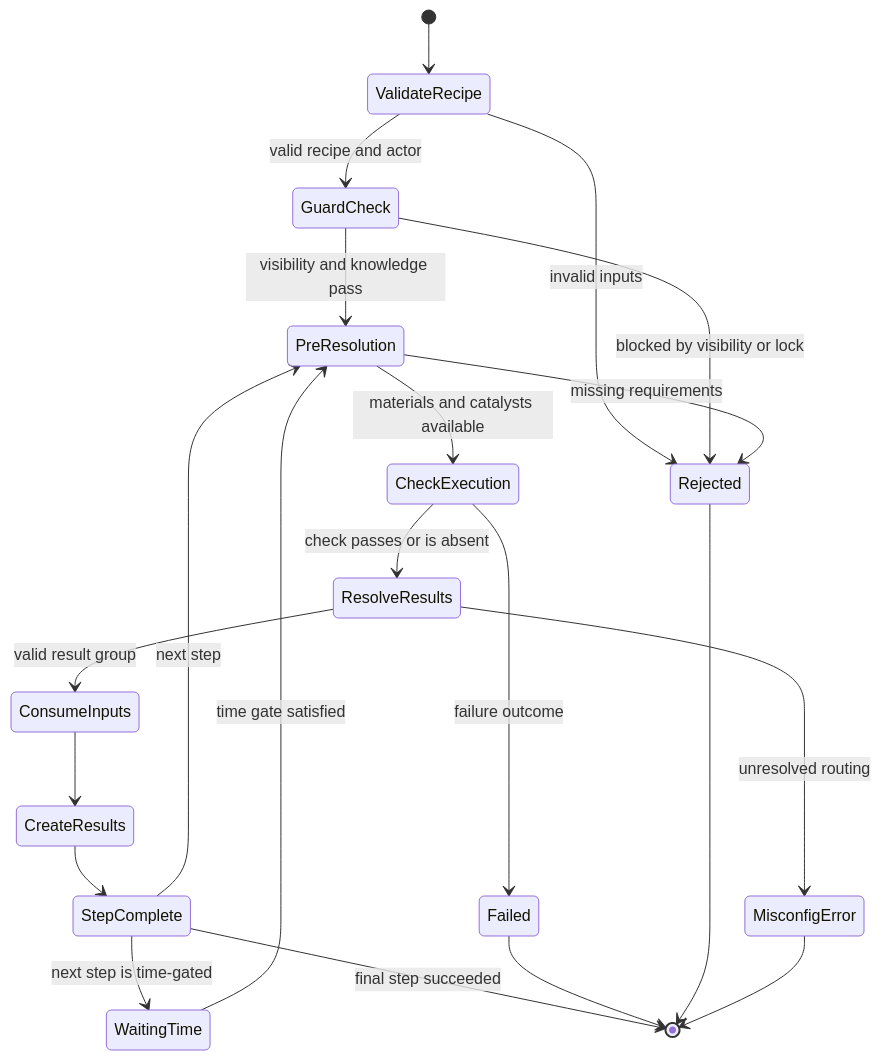
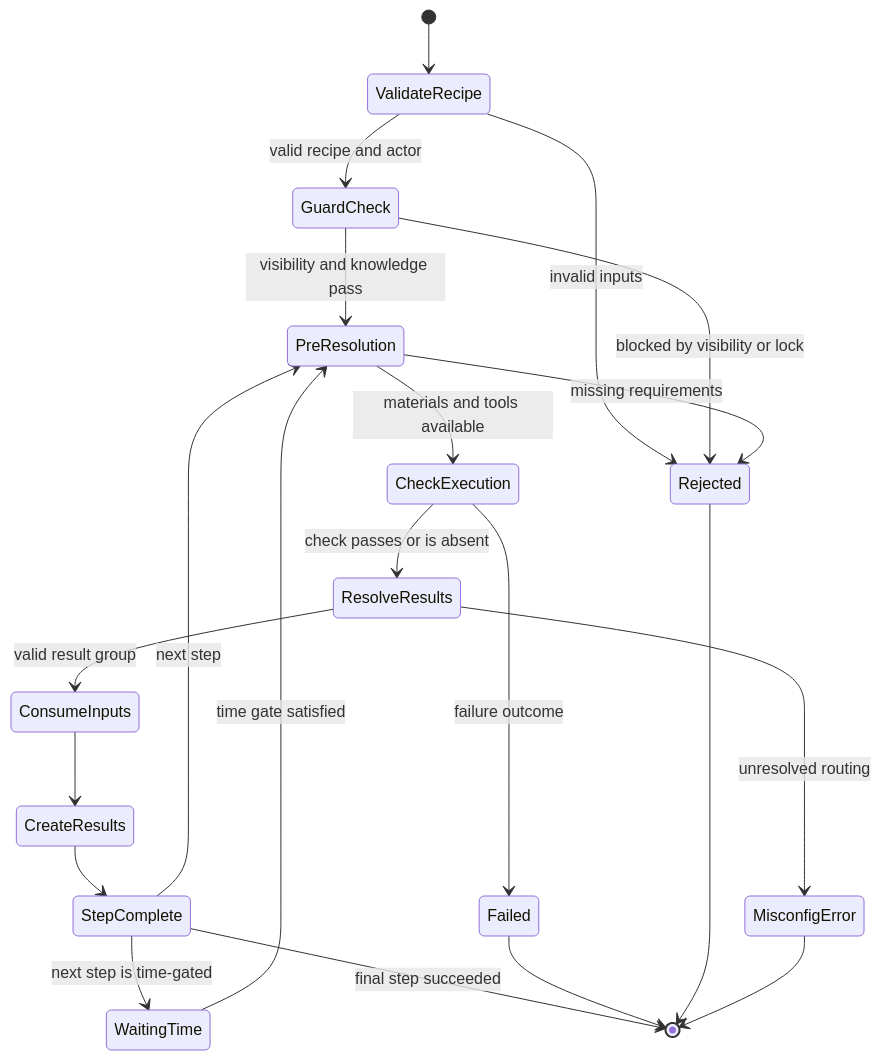
The second of 4 diagrams in DOMAIN.md (mistersilver-uk/fabricate), drawn with Mermaid before and after one commit. The commit also changed other lines of this file and 194 other files, not shown here.

````diff
--- a/DOMAIN.md
+++ b/DOMAIN.md
@@ -232,23 +264,23 @@
 ```mermaid
 stateDiagram-v2
     [*] --> ValidateRecipe
     ValidateRecipe --> GuardCheck: valid recipe and actor
     ValidateRecipe --> Rejected: invalid inputs
     GuardCheck --> PreResolution: visibility and knowledge pass
     GuardCheck --> Rejected: blocked by visibility or lock
-    PreResolution --> CheckExecution: materials and catalysts available
+    PreResolution --> CheckExecution: materials and tools available
     PreResolution --> Rejected: missing requirements
     CheckExecution --> ResolveResults: check passes or is absent
     CheckExecution --> Failed: failure outcome
     ResolveResults --> ConsumeInputs: valid result group
     ResolveResults --> MisconfigError: unresolved routing
     ConsumeInputs --> CreateResults
     CreateResults --> StepComplete
     StepComplete --> WaitingTime: next step is time-gated
     StepComplete --> PreResolution: next step
     StepComplete --> [*]: final step succeeded
     WaitingTime --> PreResolution: time gate satisfied
     Failed --> [*]
     Rejected --> [*]
     MisconfigError --> [*]
 ```
````
